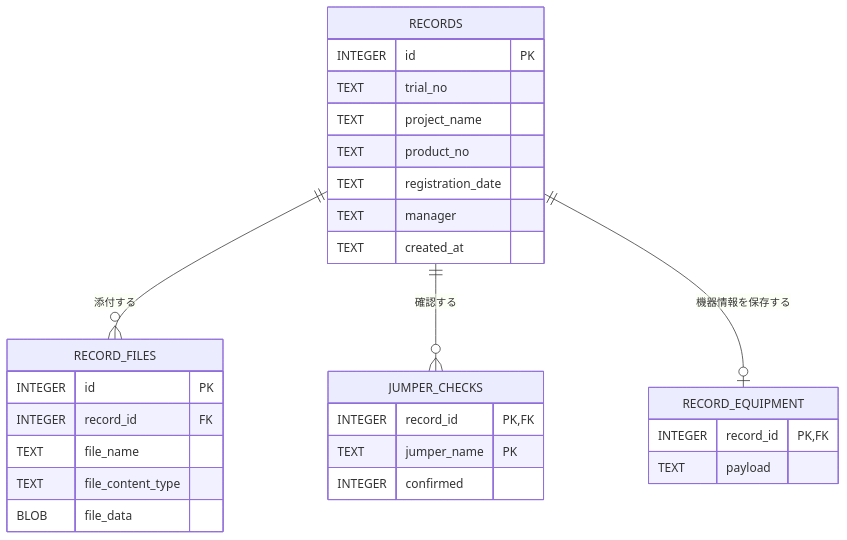
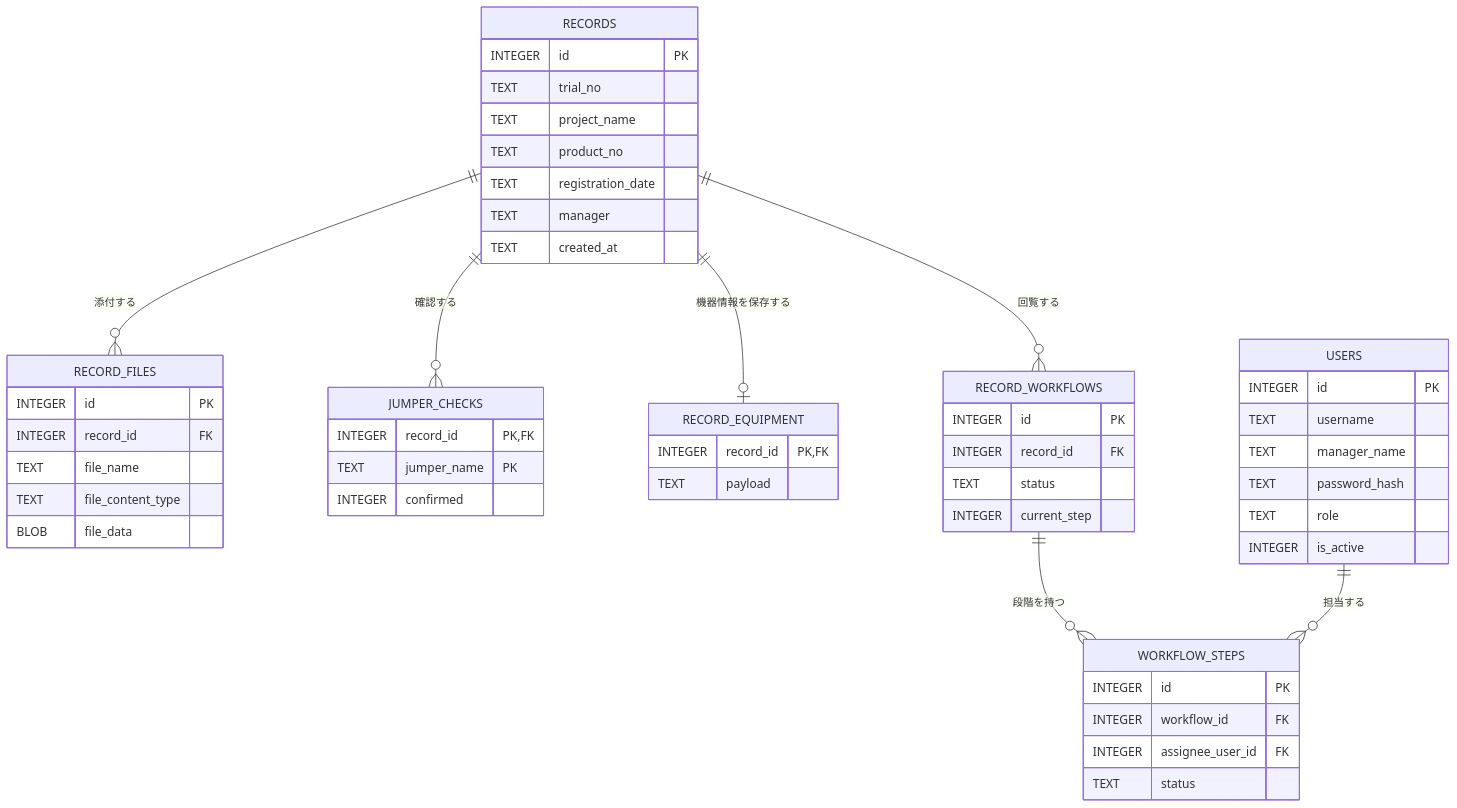
One commit to osamu3yamazaki0801-collab/TestRecordSystem changed the third of 3 diagrams in docs/設計書.md. Above: the diagram before and after it, drawn with Mermaid. The commit also changed other lines of this file and 11 other files, not shown here.

````diff
--- a/docs/設計書.md
+++ b/docs/設計書.md
@@ -231,31 +231,54 @@
 ```mermaid
 erDiagram
     RECORDS {
         INTEGER id PK
         TEXT trial_no
         TEXT project_name
         TEXT product_no
         TEXT registration_date
         TEXT manager
         TEXT created_at
     }
     RECORD_FILES {
         INTEGER id PK
         INTEGER record_id FK
         TEXT file_name
         TEXT file_content_type
         BLOB file_data
     }
     JUMPER_CHECKS {
         INTEGER record_id PK, FK
         TEXT jumper_name PK
         INTEGER confirmed
     }
     RECORD_EQUIPMENT {
         INTEGER record_id PK, FK
         TEXT payload
     }
+    USERS {
+        INTEGER id PK
+        TEXT username
+        TEXT manager_name
+        TEXT password_hash
+        TEXT role
+        INTEGER is_active
+    }
+    RECORD_WORKFLOWS {
+        INTEGER id PK
+        INTEGER record_id FK
+        TEXT status
+        INTEGER current_step
+    }
+    WORKFLOW_STEPS {
+        INTEGER id PK
+        INTEGER workflow_id FK
+        INTEGER assignee_user_id FK
+        TEXT status
+    }
     RECORDS ||--o{ RECORD_FILES : "添付する"
     RECORDS ||--o{ JUMPER_CHECKS : "確認する"
     RECORDS ||--o| RECORD_EQUIPMENT : "機器情報を保存する"
+    RECORDS ||--o{ RECORD_WORKFLOWS : "回覧する"
+    RECORD_WORKFLOWS ||--o{ WORKFLOW_STEPS : "段階を持つ"
+    USERS ||--o{ WORKFLOW_STEPS : "担当する"
 ```
````
